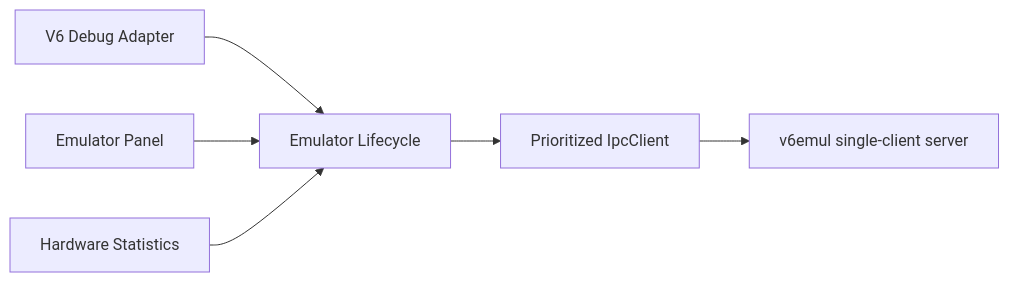
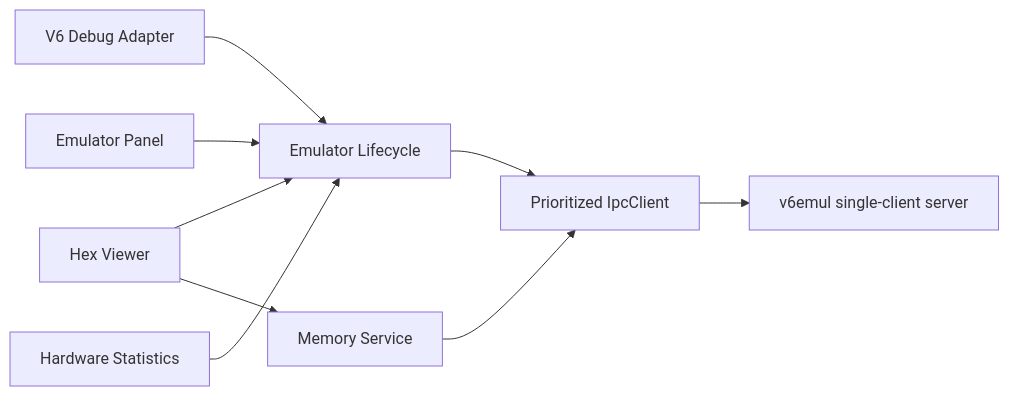
Before and after one commit to parallelno/v6vscode: the diagram in docs/architecture.md, drawn with Mermaid. The commit also changed other lines of this file and 27 other files, not shown here.

First line of the commit message:
feat(hex-viewer): implement hex viewer functionality with memory management

````diff
--- a/docs/architecture.md
+++ b/docs/architecture.md
@@ -29,8 +29,11 @@
 ```mermaid
 flowchart LR
 	DAP[V6 Debug Adapter] --> Lifecycle[Emulator Lifecycle]
 	Panel[Emulator Panel] --> Lifecycle
 	Stats[Hardware Statistics] --> Lifecycle
+	Hex[Hex Viewer] --> Lifecycle
+	Hex --> Memory[Memory Service]
+	Memory --> Client
 	Lifecycle --> Client[Prioritized IpcClient]
 	Client --> Emulator[v6emul single-client server]
 ```
````
